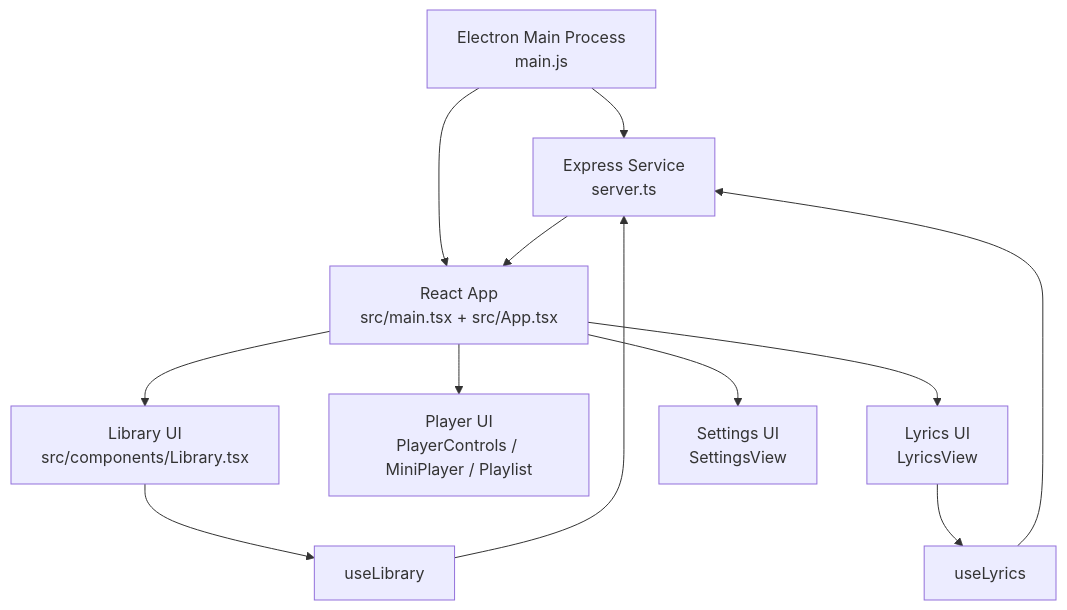
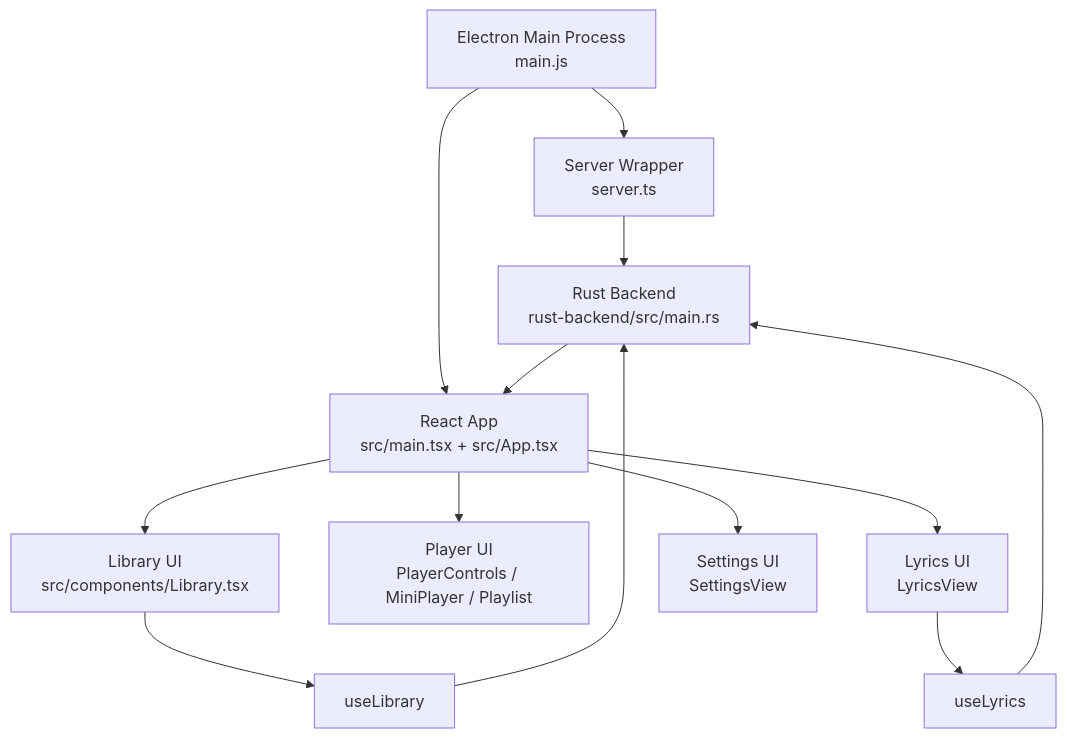
The first of 4 diagrams in DOCUMENT.md (LingYuWings/Radiflow-Player), drawn with Mermaid before and after one commit. The commit also changed other lines of this file and 29 other files, not shown here.

First line of the commit message:
Integrate Rust backend and update docs

````diff
--- a/DOCUMENT.md
+++ b/DOCUMENT.md
@@ -65,14 +69,15 @@
 ```mermaid
 flowchart TB
-  A[Electron Main Process\nmain.js] --> B[Express Service\nserver.ts]
-  A --> C[React App\nsrc/main.tsx + src/App.tsx]
-  B --> C
-  C --> D[Library UI\nsrc/components/Library.tsx]
-  C --> E[Player UI\nPlayerControls / MiniPlayer / Playlist]
-  C --> F[Lyrics UI\nLyricsView]
-  C --> G[Settings UI\nSettingsView]
-  D --> H[useLibrary]
-  F --> I[useLyrics]
-  H --> B
-  I --> B
+  A[Electron Main Process\nmain.js] --> B[Server Wrapper\nserver.ts]
+  B --> C[Rust Backend\nrust-backend/src/main.rs]
+  A --> D[React App\nsrc/main.tsx + src/App.tsx]
+  C --> D
+  D --> E[Library UI\nsrc/components/Library.tsx]
+  D --> F[Player UI\nPlayerControls / MiniPlayer / Playlist]
+  D --> G[Lyrics UI\nLyricsView]
+  D --> H[Settings UI\nSettingsView]
+  E --> I[useLibrary]
+  G --> J[useLyrics]
+  I --> C
+  J --> C
 ```
````
